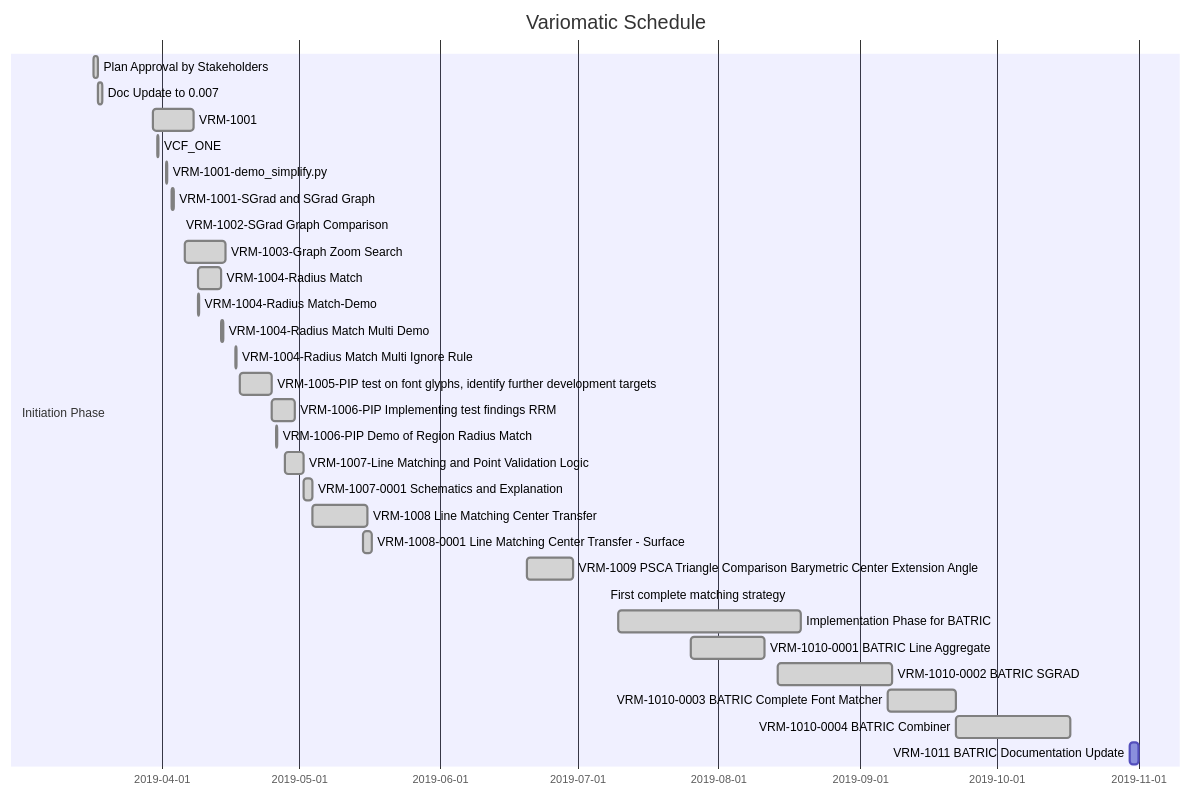
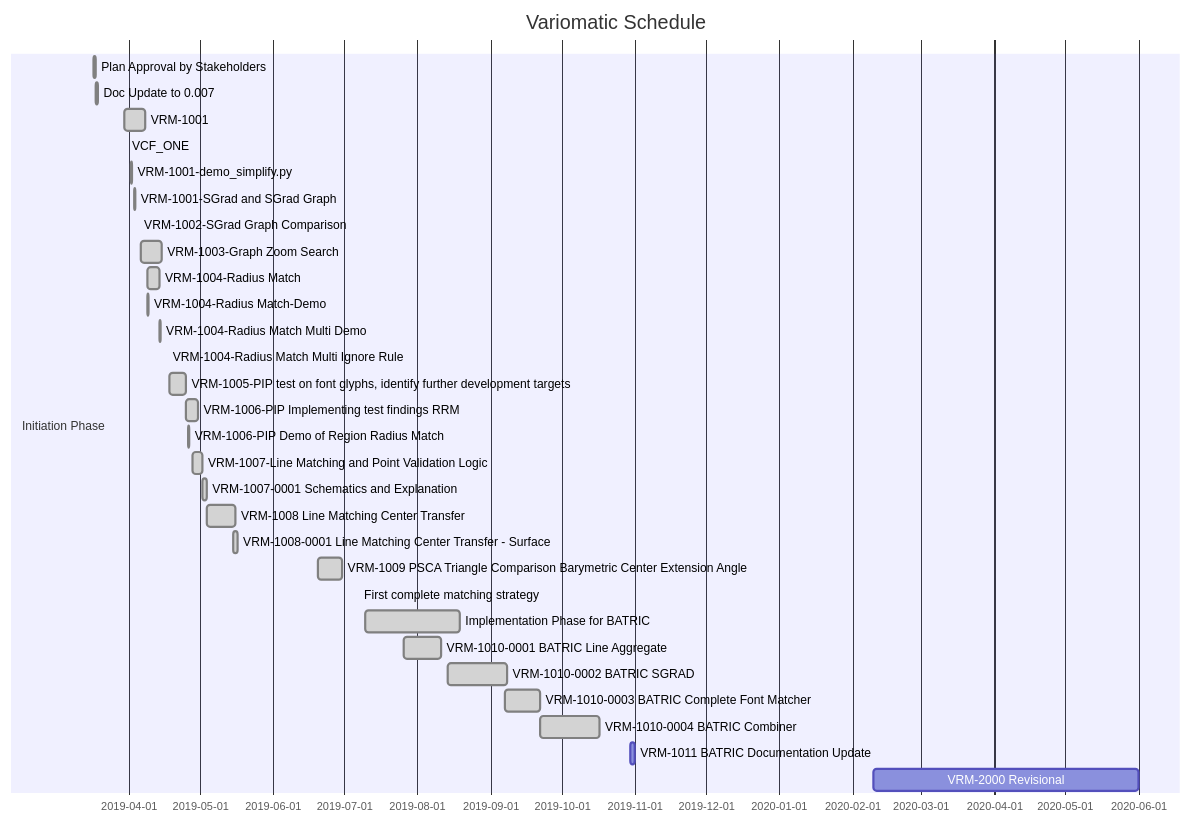
One commit to VivaRado/variomatic changed the diagram in README.md. Above: the diagram before and after it, drawn with Mermaid. The commit also changed other lines of this file and 4 other files, not shown here.

````diff
--- a/README.md
+++ b/README.md
@@ -1125,34 +1126,35 @@
 ```mermaid
 gantt
     dateFormat  YYYY-MM-DD
     title Variomatic Schedule
     section Initiation Phase
     Plan Approval by Stakeholders:                                                 done, des1, 2019-03-17,1d
     Doc Update to 0.007:                                                           done, des2, 2019-03-18, 1d
     VRM-1001:                                                                      done, des5, 2019-03-30,2019-04-08
     VCF_ONE:                                                                       done, des6, 2019-03-31, 4h
     VRM-1001-demo_simplify.py:                                                     done, des7, 2019-04-02,5h
     VRM-1001-SGrad and SGrad Graph:                                                done, des7, 2019-04-03,12h
     VRM-1002-SGrad Graph Comparison:                                               done, des7, 2019-04-05,3h
     VRM-1003-Graph Zoom Search:                                                    done, des8, 2019-04-06,2019-04-15
     VRM-1004-Radius Match:                                                         done, des9, 2019-04-09,5d
     VRM-1004-Radius Match-Demo:                                                    done, des10, 2019-04-09,4h
     VRM-1004-Radius Match Multi Demo:                                              done, des11, 2019-04-14,8h
     VRM-1004-Radius Match Multi Ignore Rule:                                       done, des12, 2019-04-17,8h
     VRM-1005-PIP test on font glyphs, identify further development targets:        done, des13, 2019-04-18,2019-04-25
     VRM-1006-PIP Implementing test findings RRM:                                   done, des14, 2019-04-25,2019-04-30
     VRM-1006-PIP Demo of Region Radius Match:                                      done, des14, 2019-04-26, 8h
     VRM-1007-Line Matching and Point Validation Logic:                             done, des15, 2019-04-28, 2019-05-02
     VRM-1007-0001 Schematics and Explanation:                                      done, des16, after des15, 2d
     VRM-1008 Line Matching Center Transfer:                                        done, des17, after des16, 12d
     VRM-1008-0001 Line Matching Center Transfer - Surface:                         done, des18, 2019-05-15, 2d
     VRM-1009 PSCA Triangle Comparison Barymetric Center Extension Angle:           done, des19, 2019-06-20, 10d
     First complete matching strategy:                                              done, des21, 2019-07-07, 4h
     Implementation Phase for BATRIC:                                               done, des22, 2019-07-10, 40d
     VRM-1010-0001 BATRIC Line Aggregate:                                           done, des23, 2019-07-26, 16d
     VRM-1010-0002 BATRIC SGRAD:                                                    done, des24, 2019-08-14, 25d
     VRM-1010-0003 BATRIC Complete Font Matcher:                                    done, des25, 2019-09-07, 15d
     VRM-1010-0004 BATRIC Combiner:                                                 done, des26, 2019-09-22, 25d
     VRM-1011 BATRIC Documentation Update:                                                des27, 2019-10-30, 2d
+    VRM-2000 Revisional:                                                                 des28, 2020-02-10, 2020-06-01
 
 ```
````
